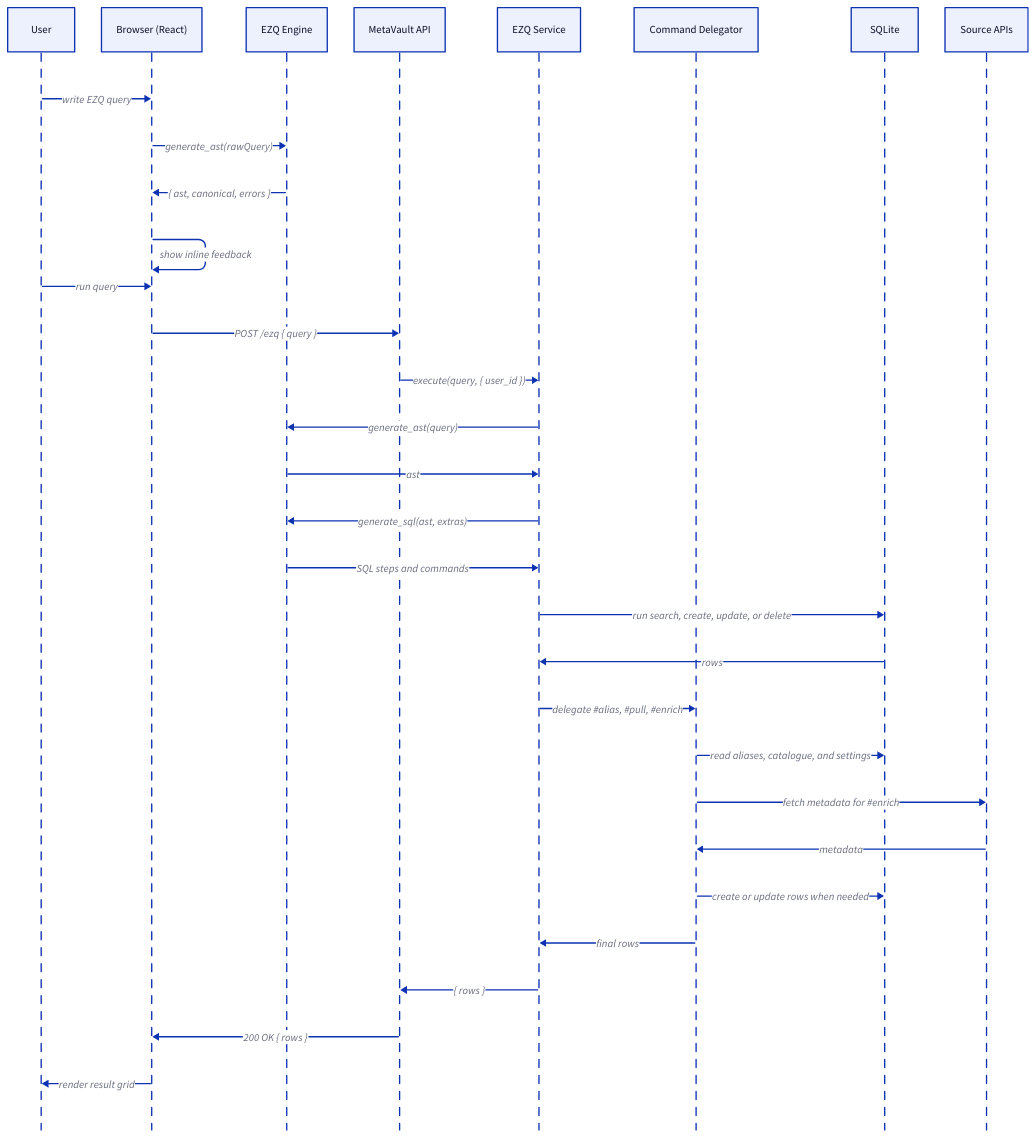
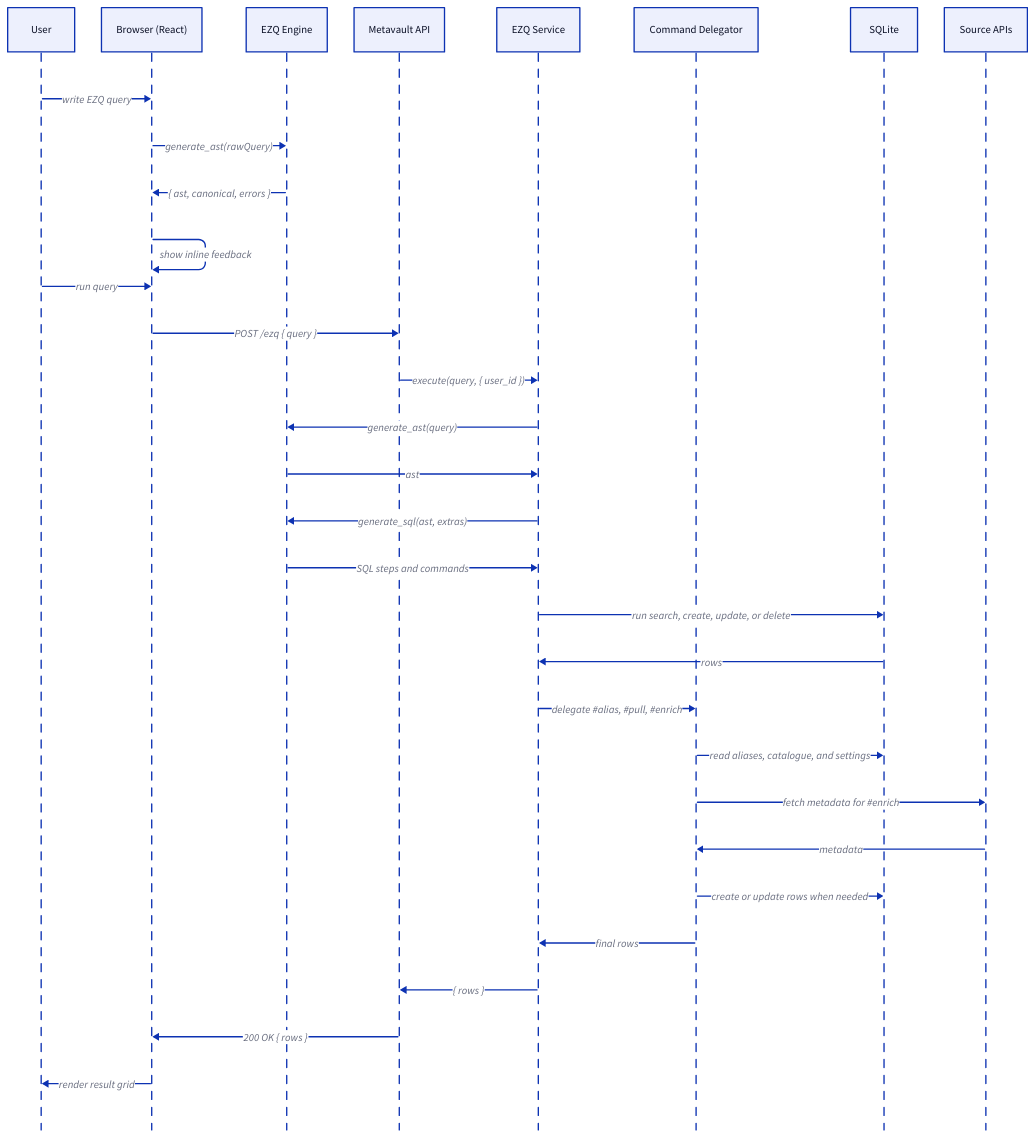
Before and after one commit to etherbits/metavault: the diagram in docs/diagrams/src/sequence-search.d2, drawn with D2. The commit also changed 36 other files, not shown here.

```diff
--- a/docs/diagrams/src/sequence-search.d2
+++ b/docs/diagrams/src/sequence-search.d2
@@ -1,36 +1,36 @@
 shape: sequence_diagram
 
 user: User
 client: "Browser (React)"
 ezq_engine: "EZQ Engine"
-api: "MetaVault API"
+api: "Metavault API"
 ezq_service: "EZQ Service"
 delegator: "Command Delegator"
 db: "SQLite"
 sources: "Source APIs"
 
 user -> client: "write EZQ query"
 client -> ezq_engine: "generate_ast(rawQuery)"
 ezq_engine -> client: "{ ast, canonical, errors }"
 client -> client: "show inline feedback"
 
 user -> client: "run query"
 client -> api: "POST /ezq { query }"
 api -> ezq_service: "execute(query, { user_id })"
 ezq_service -> ezq_engine: "generate_ast(query)"
 ezq_engine -> ezq_service: "ast"
 ezq_service -> ezq_engine: "generate_sql(ast, extras)"
 ezq_engine -> ezq_service: "SQL steps and commands"
 ezq_service -> db: "run search, create, update, or delete"
 db -> ezq_service: "rows"
 
 ezq_service -> delegator: "delegate #alias, #pull, #enrich"
 delegator -> db: "read aliases, catalogue, and settings"
 delegator -> sources: "fetch metadata for #enrich"
 sources -> delegator: "metadata"
 delegator -> db: "create or update rows when needed"
 delegator -> ezq_service: "final rows"
 
 ezq_service -> api: "{ rows }"
 api -> client: "200 OK { rows }"
 client -> user: "render result grid"
```
